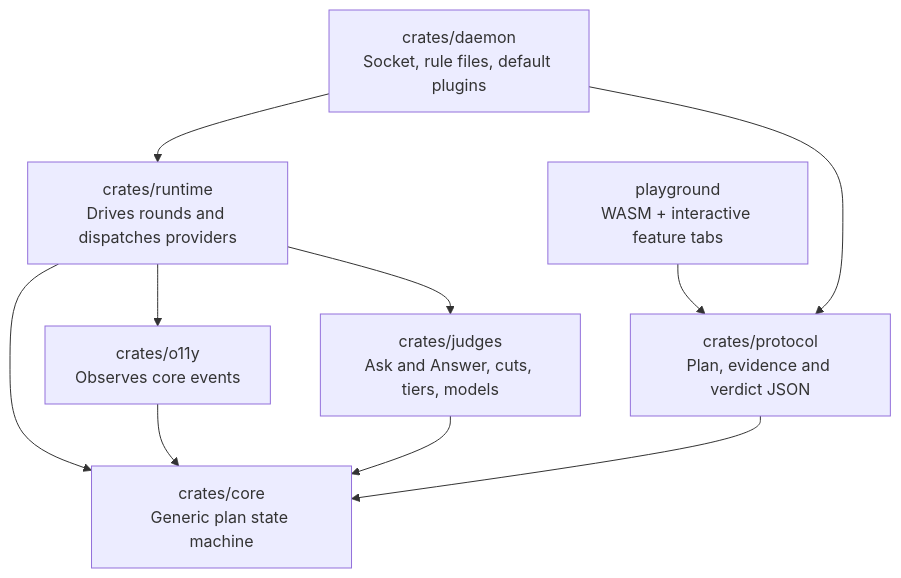
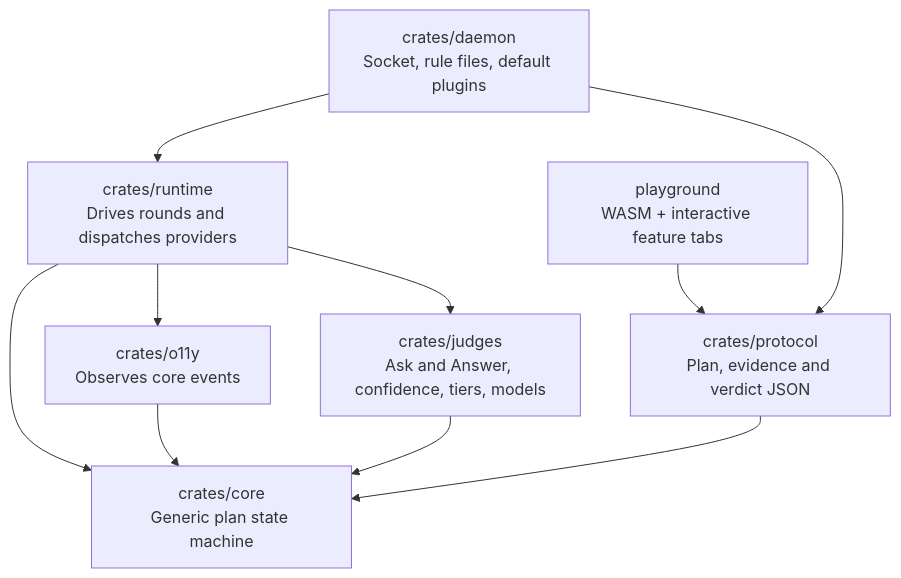
The third of 7 diagrams in docs/plans/pluggability.md (StevenJPx2/chauffeur), drawn with Mermaid before and after one commit. The commit also changed other lines of this file, not shown here.

First line of the commit message:
docs(plans): confidence replaces cut; scale questions

````diff
--- a/docs/plans/pluggability.md
+++ b/docs/plans/pluggability.md
@@ -97,13 +97,13 @@
 ```mermaid
 flowchart TB
     Core["crates/core<br/>Generic plan state machine"]
     O11y["crates/o11y<br/>Observes core events"] --> Core
     Protocol["crates/protocol<br/>Plan, evidence and verdict JSON"] --> Core
     Runtime["crates/runtime<br/>Drives rounds and dispatches providers"] --> Core
     Runtime --> O11y
     Daemon["crates/daemon<br/>Socket, rule files, default plugins"] --> Runtime
     Daemon --> Protocol
-    Judges["crates/judges<br/>Ask and Answer, cuts, tiers, models"] --> Core
+    Judges["crates/judges<br/>Ask and Answer, confidence, tiers, models"] --> Core
     Runtime --> Judges
     Playground["playground<br/>WASM + interactive feature tabs"] --> Protocol
 ```
````
